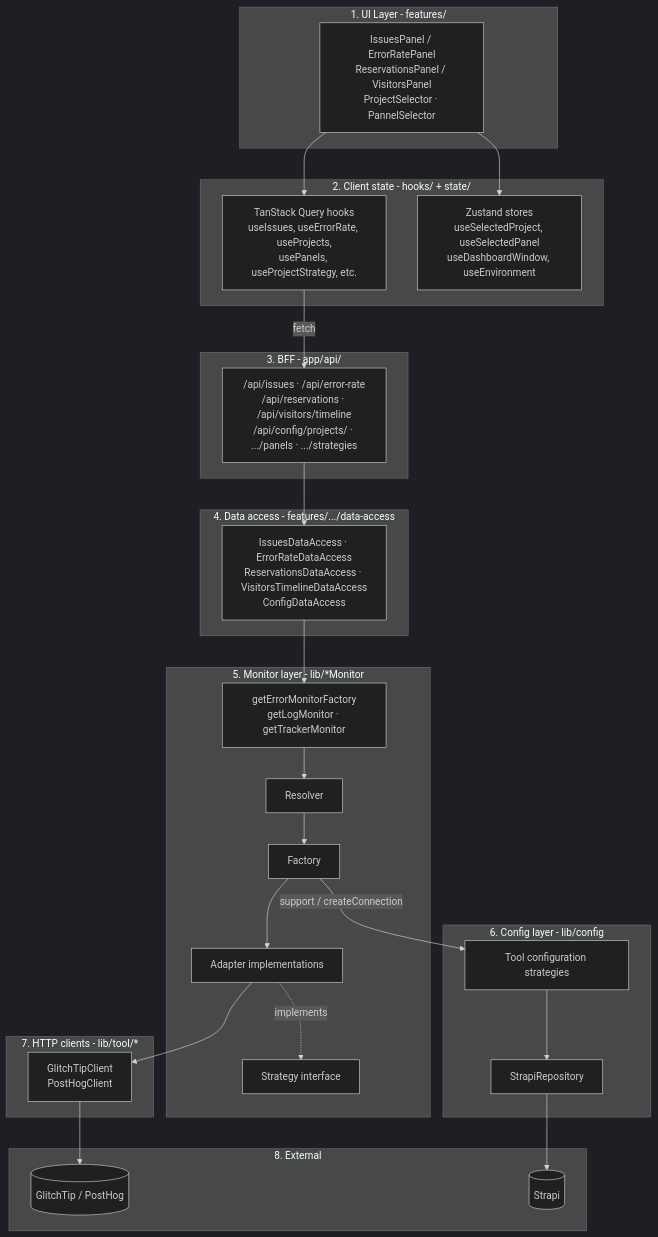
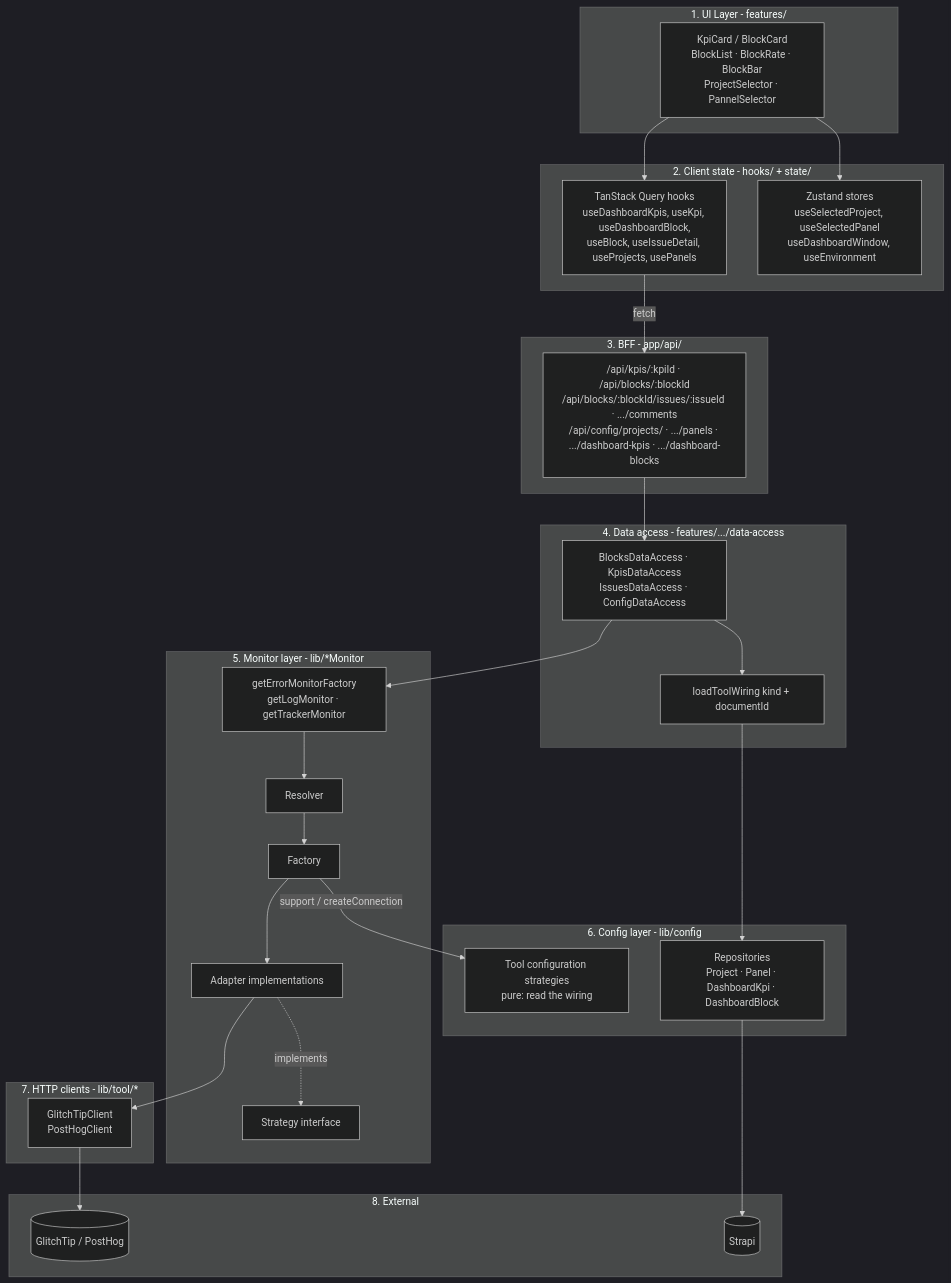
Before and after one commit to webteamuxco/dashboard-monitor: the fourth of 6 diagrams in apps/docs-site/docs/architecture.md, drawn with Mermaid (dark theme). The commit also changed other lines of this file and 10 other files, not shown here.

````diff
--- a/apps/docs-site/docs/architecture.md
+++ b/apps/docs-site/docs/architecture.md
@@ -84,49 +88,51 @@
 ```mermaid
 flowchart TB
     subgraph L1[1. UI Layer - features/]
-        Panels[IssuesPanel / ErrorRatePanel<br/>ReservationsPanel / VisitorsPanel<br/>ProjectSelector · PannelSelector]
+        Panels[KpiCard / BlockCard<br/>BlockList · BlockRate · BlockBar<br/>ProjectSelector · PannelSelector]
     end
     subgraph L2[2. Client state - hooks/ + state/]
-        TQ[TanStack Query hooks<br/>useIssues, useErrorRate, useProjects,<br/>usePanels, useProjectStrategy, etc.]
+        TQ[TanStack Query hooks<br/>useDashboardKpis, useKpi, useDashboardBlock,<br/>useBlock, useIssueDetail, useProjects, usePanels]
         ZS[Zustand stores<br/>useSelectedProject, useSelectedPanel<br/>useDashboardWindow, useEnvironment]
     end
     subgraph L3[3. BFF - app/api/]
-        Routes["/api/issues · /api/error-rate<br/>/api/reservations · /api/visitors/timeline<br/>/api/config/projects/ · .../panels · .../strategies"]
+        Routes["/api/kpis/:kpiId · /api/blocks/:blockId<br/>/api/blocks/:blockId/issues/:issueId · .../comments<br/>/api/config/projects/ · .../panels · .../dashboard-kpis · .../dashboard-blocks"]
     end
     subgraph L4[4. Data access - features/.../data-access]
-        DA[IssuesDataAccess · ErrorRateDataAccess<br/>ReservationsDataAccess · VisitorsTimelineDataAccess<br/>ConfigDataAccess]
+        DA[BlocksDataAccess · KpisDataAccess<br/>IssuesDataAccess · ConfigDataAccess]
+        Wiring[loadToolWiring kind + documentId]
     end
     subgraph L5[5. Monitor layer - lib/*Monitor]
         GetMon[getErrorMonitorFactory<br/>getLogMonitor · getTrackerMonitor]
         Resolver[Resolver]
         Factory[Factory]
         Strategy[Strategy interface]
         Adapter[Adapter implementations]
     end
     subgraph L6[6. Config layer - lib/config]
-        CfgStrat[Tool configuration strategies]
-        Strapi[StrapiRepository]
+        CfgStrat[Tool configuration strategies<br/>pure: read the wiring]
+        Strapi[Repositories<br/>Project · Panel · DashboardKpi · DashboardBlock]
     end
     subgraph L7[7. HTTP clients - lib/tool/*]
         Clients[GlitchTipClient<br/>PostHogClient]
     end
     subgraph L8[8. External]
         Ext[(GlitchTip / PostHog)]
         Adm[(Strapi)]
     end
 
     Panels --> TQ
     Panels --> ZS
     TQ -->|fetch| Routes
     Routes --> DA
+    DA --> Wiring
+    Wiring --> Strapi
     DA --> GetMon
     GetMon --> Resolver
     Resolver --> Factory
     Factory --> Adapter
     Factory -->|support / createConnection| CfgStrat
     Adapter -.implements.-> Strategy
     Adapter --> Clients
-    CfgStrat --> Strapi
     Strapi --> Adm
     Clients --> Ext
 ```
````
